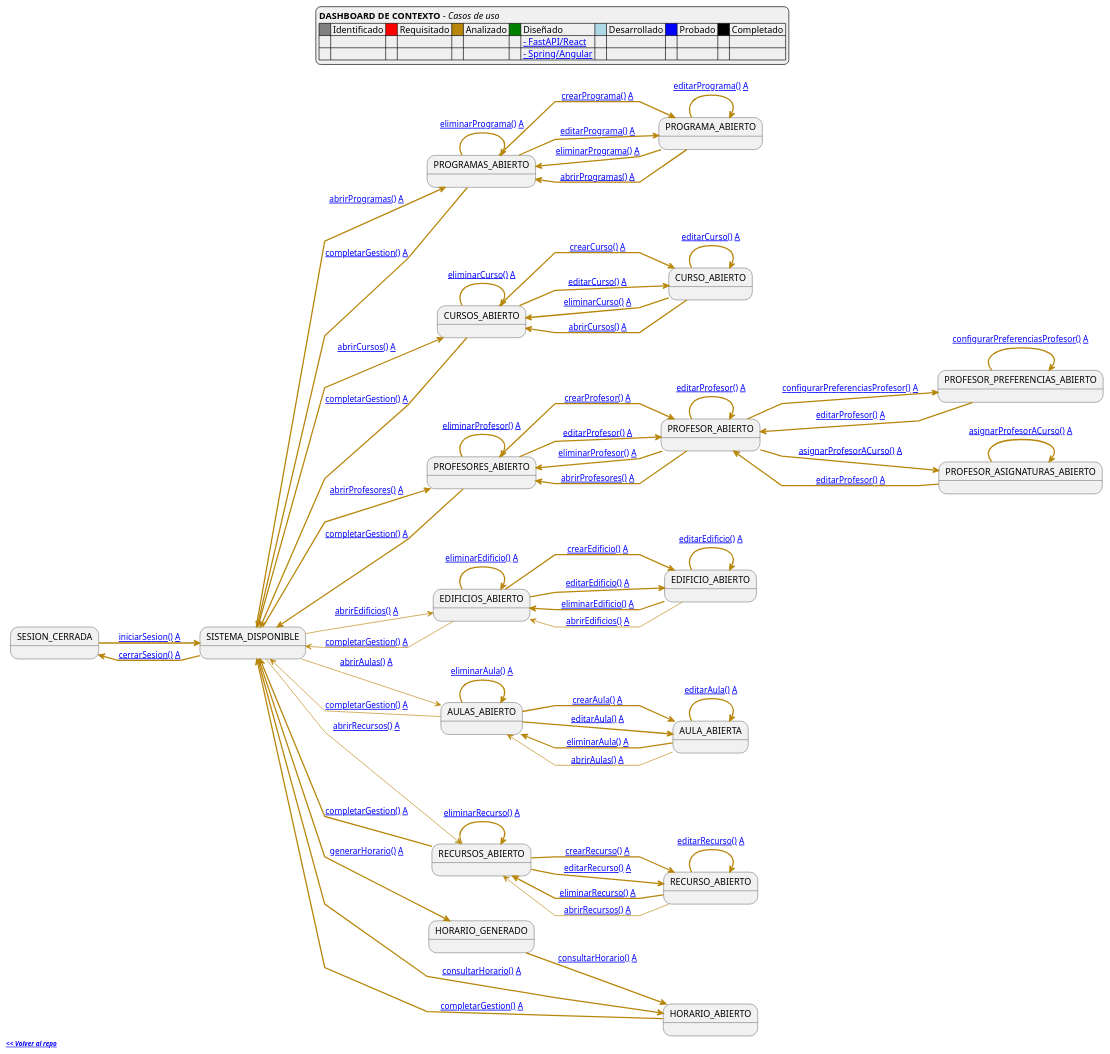
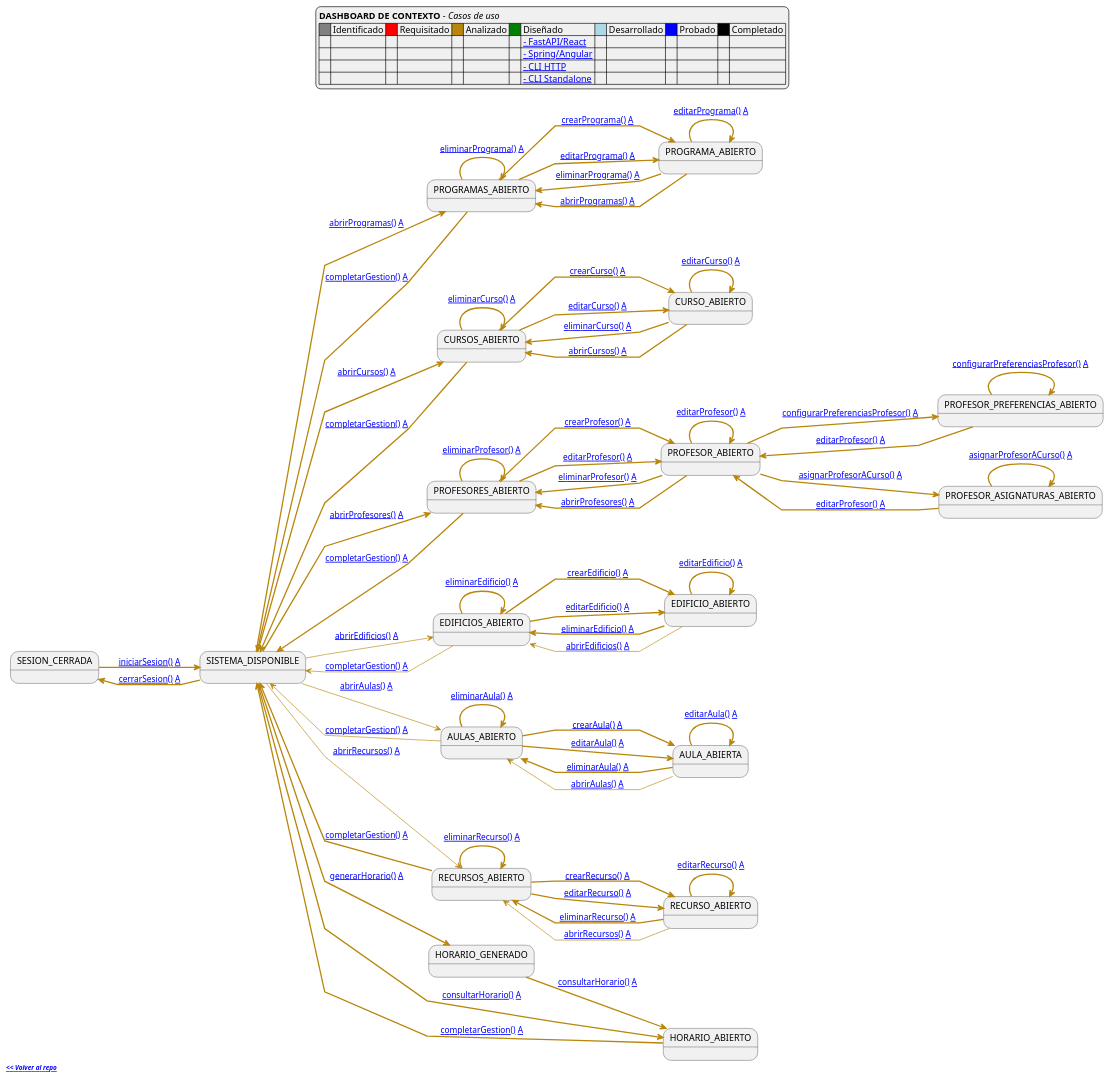
One commit to mmasias/pySigHor changed the diagram in RUP/99-seguimiento/diagrama-contexto-administrador.puml. Above: the diagram before and after it, drawn with PlantUML.

Commit message:
feat: actualizar leyenda dashboard main con enlaces a CLI

```diff
--- a/RUP/99-seguimiento/diagrama-contexto-administrador.puml
+++ b/RUP/99-seguimiento/diagrama-contexto-administrador.puml
@@ -21,6 +21,8 @@
     |<#gray>     | Identificado |<#red>     | Requisitado |<#darkgoldenrod>     | Analizado |<#green>     | Diseñado |<#lightblue>     | Desarrollado |<#blue>     | Probado |<#black>     | Completado |
     | | | | | | | | [[https://raw.githubusercontent.com/mmasias/pySigHor/diseño-fastapi-react/images/RUP/99-seguimiento/diagrama-contexto-administrador.svg - FastAPI/React]] |
     | | | | | | | | [[https://raw.githubusercontent.com/mmasias/pySigHor/diseño-spring-angular/images/RUP/99-seguimiento/diagrama-contexto-administrador.svg - Spring/Angular]] |
+    | | | | | | | | [[https://raw.githubusercontent.com/mmasias/pySigHor/diseño-cli-python-http/images/RUP/99-seguimiento/diagrama-contexto-administrador.svg - CLI HTTP]] |
+    | | | | | | | | [[https://raw.githubusercontent.com/mmasias/pySigHor/diseño-cli-python-standalone/images/RUP/99-seguimiento/diagrama-contexto-administrador.svg - CLI Standalone]] |
     '====
     '[**nombreCasoUso()**] -> Especificación detallada / [**A**] -> Análisis MVC / [**D**] -> Diseño (disponible en ramas específicas)
     '====
```
